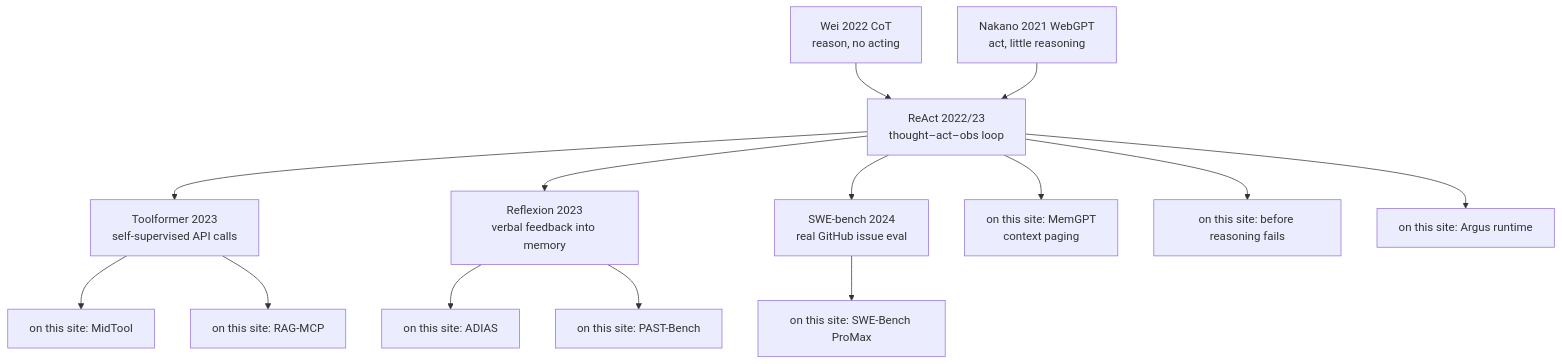
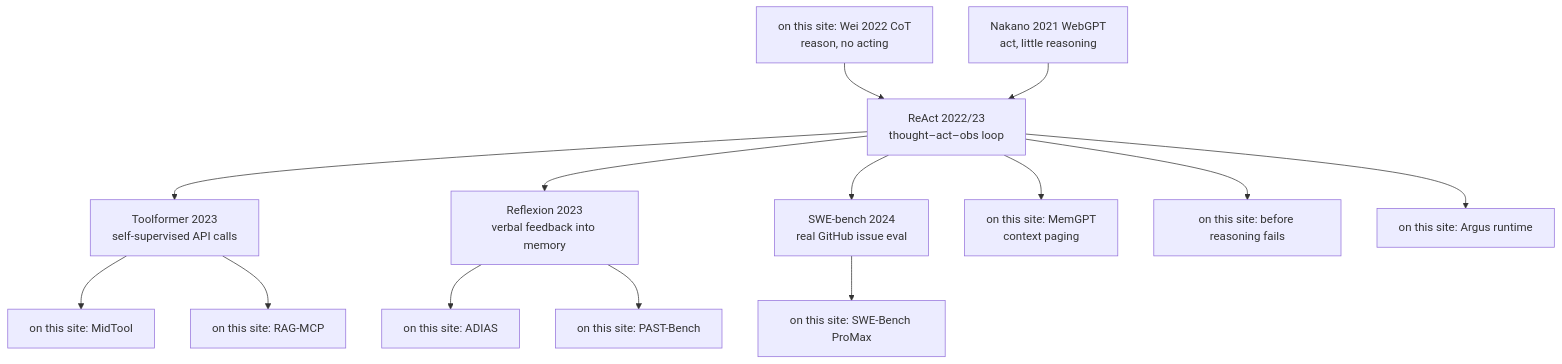
The diagram in src/content/blog/en/91-agent-method-foundation-reading-map.md (poirotw66/poirotw66.github.io), drawn with Mermaid before and after one commit. The commit also changed other lines of this file and 11 other files, not shown here.

````diff
--- a/src/content/blog/en/91-agent-method-foundation-reading-map.md
+++ b/src/content/blog/en/91-agent-method-foundation-reading-map.md
@@ -45,18 +45,18 @@
 ```mermaid
 flowchart TB
-  CoT["Wei 2022 CoT<br/>reason, no acting"]
+  CoT["on this site: Wei 2022 CoT<br/>reason, no acting"]
   WebGPT["Nakano 2021 WebGPT<br/>act, little reasoning"]
   CoT --> ReAct["ReAct 2022/23<br/>thought–act–obs loop"]
   WebGPT --> ReAct
   ReAct --> Toolformer["Toolformer 2023<br/>self-supervised API calls"]
   ReAct --> Reflexion["Reflexion 2023<br/>verbal feedback into memory"]
   ReAct --> SWEb["SWE-bench 2024<br/>real GitHub issue eval"]
   ReAct --> MemGPT["on this site: MemGPT<br/>context paging"]
   Toolformer --> MidTool["on this site: MidTool"]
   Toolformer --> RAGMCP["on this site: RAG-MCP"]
   Reflexion --> ADIAS["on this site: ADIAS"]
   Reflexion --> PAST["on this site: PAST-Bench"]
   SWEb --> ProMax["on this site: SWE-Bench ProMax"]
   ReAct --> ReadGate["on this site: before reasoning fails"]
   ReAct --> Argus["on this site: Argus runtime"]
 ```
````
